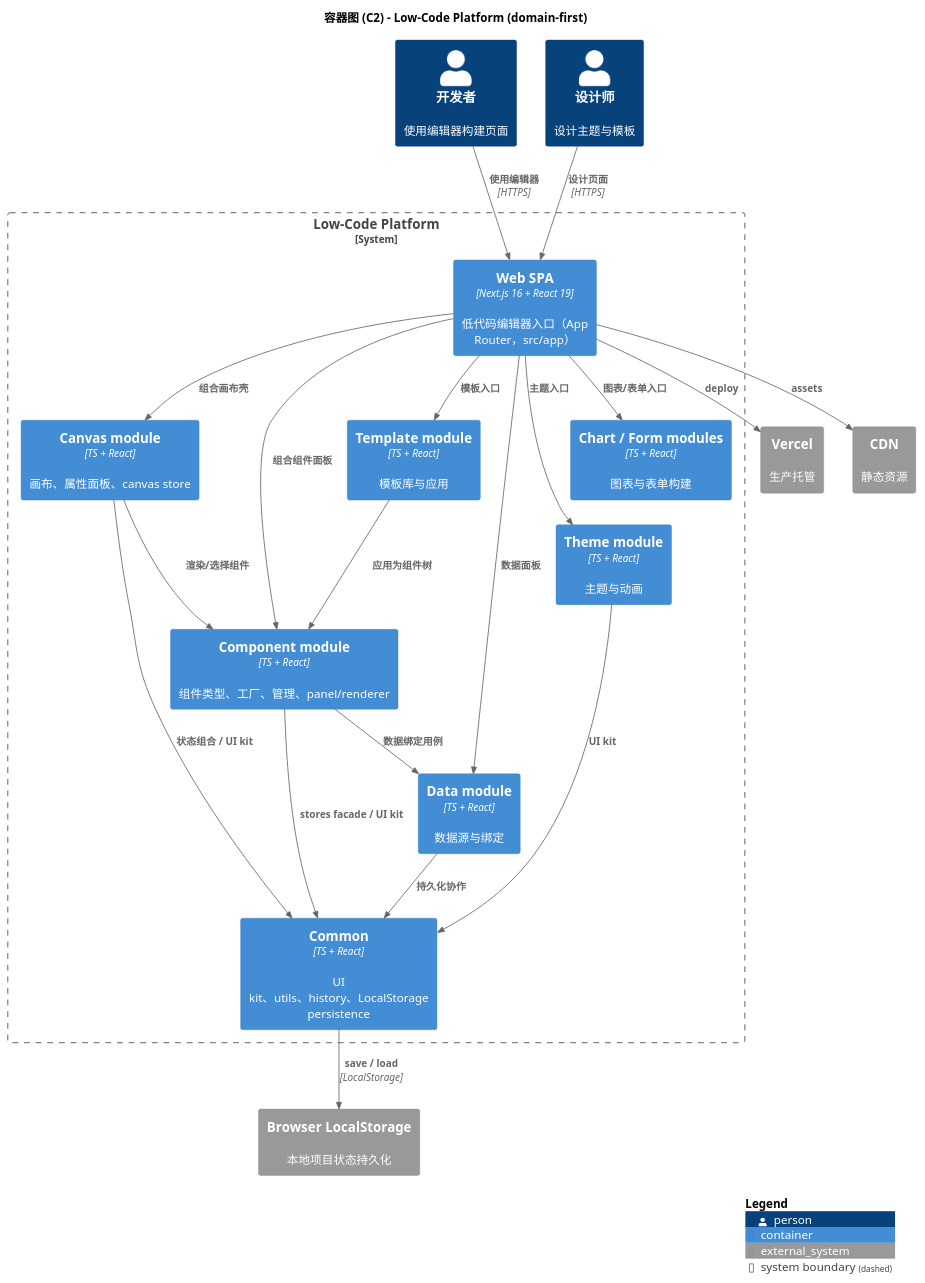
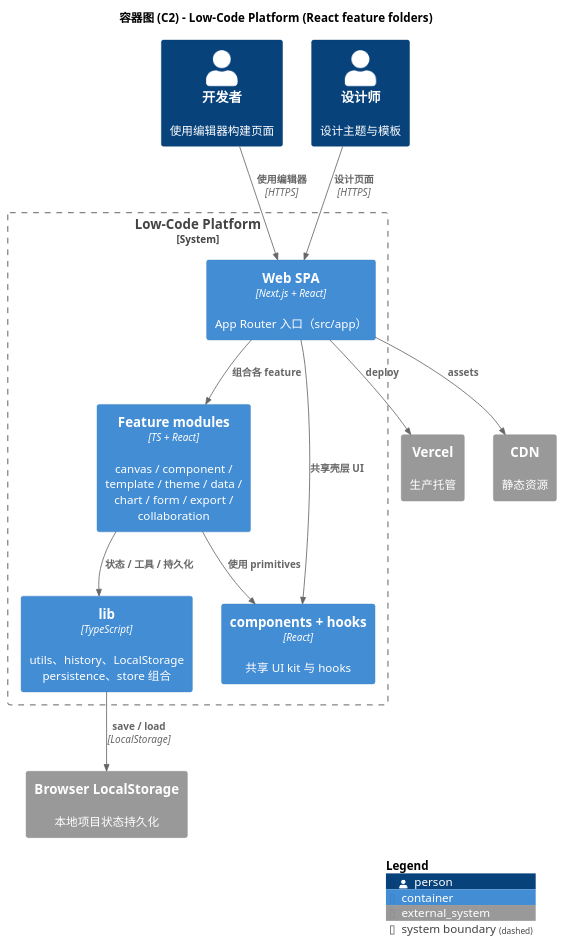
The diagram in docs/developer/c4-model/C2-Container.puml (felixzhu97/low-code-platform), drawn with PlantUML before and after one commit. The commit also changed 306 other files, not shown here.

First line of the commit message:
refactor: flatten CA layers into React feature folders

```diff
--- a/docs/developer/c4-model/C2-Container.puml
+++ b/docs/developer/c4-model/C2-Container.puml
@@ -1,50 +1,36 @@
 @startuml C2-Container
 !include https://raw.githubusercontent.com/plantuml-stdlib/C4-PlantUML/master/C4_Container.puml
 
 LAYOUT_WITH_LEGEND()
 
-title 容器图 (C2) - Low-Code Platform (domain-first)
+title 容器图 (C2) - Low-Code Platform (React feature folders)
 
 Person(developer, "开发者", "使用编辑器构建页面")
 Person(designer, "设计师", "设计主题与模板")
 
 System_Boundary(lcp, "Low-Code Platform") {
-    Container(spa, "Web SPA", "Next.js 16 + React 19", "低代码编辑器入口（App Router，src/app）")
+    Container(spa, "Web SPA", "Next.js + React", "App Router 入口（src/app）")
 
-    Container(canvasMod, "Canvas module", "TS + React", "画布、属性面板、canvas store")
-    Container(componentMod, "Component module", "TS + React", "组件类型、工厂、管理、panel/renderer")
-    Container(templateMod, "Template module", "TS + React", "模板库与应用")
-    Container(themeMod, "Theme module", "TS + React", "主题与动画")
-    Container(dataMod, "Data module", "TS + React", "数据源与绑定")
-    Container(chartForm, "Chart / Form modules", "TS + React", "图表与表单构建")
-    Container(commonMod, "Common", "TS + React", "UI kit、utils、history、LocalStorage persistence")
+    Container(features, "Feature modules", "TS + React", "canvas / component / template / theme / data / chart / form / export / collaboration")
+    Container(sharedUi, "components + hooks", "React", "共享 UI kit 与 hooks")
+    Container(sharedLib, "lib", "TypeScript", "utils、history、LocalStorage persistence、store 组合")
 }
 
 System_Ext(browser_storage, "Browser LocalStorage", "本地项目状态持久化")
 System_Ext(vercel, "Vercel", "生产托管")
 System_Ext(cdn, "CDN", "静态资源")
 
 Rel(developer, spa, "使用编辑器", "HTTPS")
 Rel(designer, spa, "设计页面", "HTTPS")
 
-Rel(spa, canvasMod, "组合画布壳")
-Rel(spa, componentMod, "组合组件面板")
-Rel(spa, templateMod, "模板入口")
-Rel(spa, themeMod, "主题入口")
-Rel(spa, dataMod, "数据面板")
-Rel(spa, chartForm, "图表/表单入口")
-
-Rel(canvasMod, componentMod, "渲染/选择组件")
-Rel(canvasMod, commonMod, "状态组合 / UI kit")
-Rel(componentMod, dataMod, "数据绑定用例")
-Rel(componentMod, commonMod, "stores facade / UI kit")
-Rel(templateMod, componentMod, "应用为组件树")
-Rel(themeMod, commonMod, "UI kit")
-Rel(dataMod, commonMod, "持久化协作")
-Rel(commonMod, browser_storage, "save / load", "LocalStorage")
+Rel(spa, features, "组合各 feature")
+Rel(spa, sharedUi, "共享壳层 UI")
+Rel(features, sharedUi, "使用 primitives")
+Rel(features, sharedLib, "状态 / 工具 / 持久化")
+Rel(sharedLib, browser_storage, "save / load", "LocalStorage")
 
 Rel(spa, vercel, "deploy")
 Rel(spa, cdn, "assets")
 
 SHOW_LEGEND()
 @enduml
```
